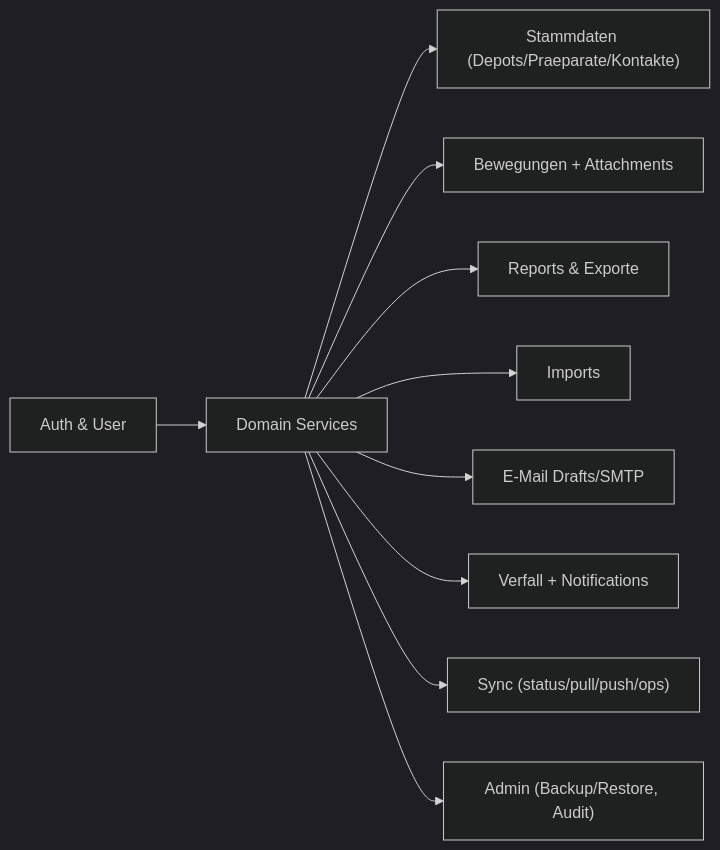
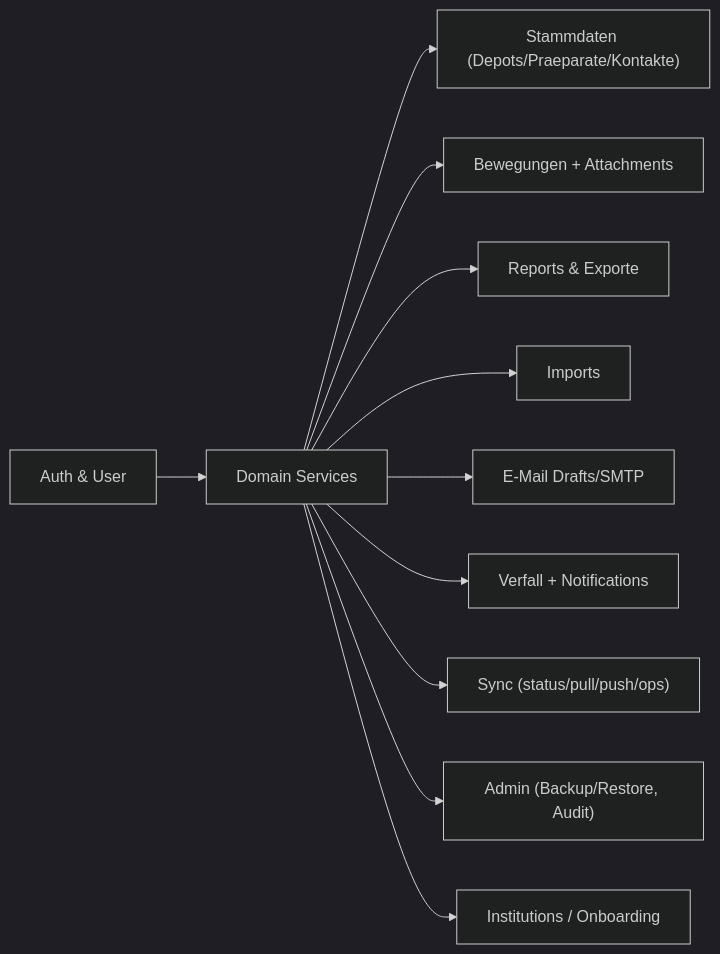
Before and after one commit to QuasiniusQuaks/nd-hub: the diagram in docs/web-application/03-backend.md, drawn with Mermaid (dark theme). The commit also changed other lines of this file and 77 other files, not shown here.

````diff
--- a/docs/web-application/03-backend.md
+++ b/docs/web-application/03-backend.md
@@ -72,12 +78,13 @@
 ```mermaid
 flowchart LR
     auth["Auth & User"] --> svc["Domain Services"]
     svc --> stamm["Stammdaten (Depots/Praeparate/Kontakte)"]
     svc --> bewegungen["Bewegungen + Attachments"]
     svc --> reports["Reports & Exporte"]
     svc --> imports["Imports"]
     svc --> emails["E-Mail Drafts/SMTP"]
     svc --> verfall["Verfall + Notifications"]
     svc --> sync["Sync (status/pull/push/ops)"]
     svc --> admin["Admin (Backup/Restore, Audit)"]
+    svc --> institutions["Institutions / Onboarding"]
 ```
````
